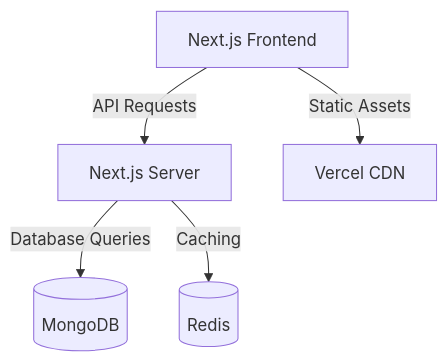
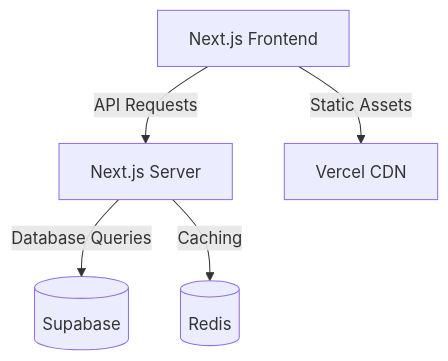
Before and after one commit to johnwesleyquintero/scalesmart: the first of 2 diagrams in src/docs/architecture.md, drawn with Mermaid. The commit also changed other lines of this file and 13 other files, not shown here.

First line of the commit message:
refactor: migrate from MongoDB to Supabase for database operations

````diff
--- a/src/docs/architecture.md
+++ b/src/docs/architecture.md
@@ -5,7 +5,7 @@
 ```mermaid
 flowchart TD
     Client[Next.js Frontend] -->|API Requests| Server[Next.js Server]
-    Server -->|Database Queries| MongoDB[(MongoDB)]
+    Server -->|Database Queries| Supabase[(Supabase)]
     Server -->|Caching| Redis[(Redis)]
     Client -->|Static Assets| CDN[Vercel CDN]
 ```
````
